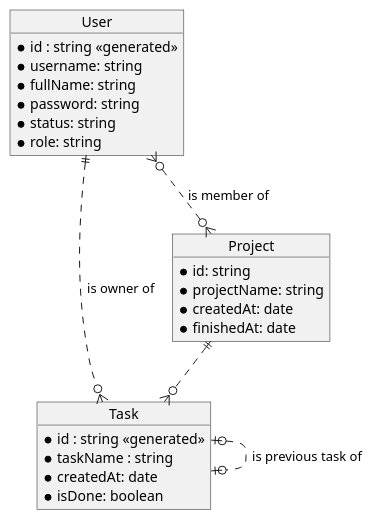
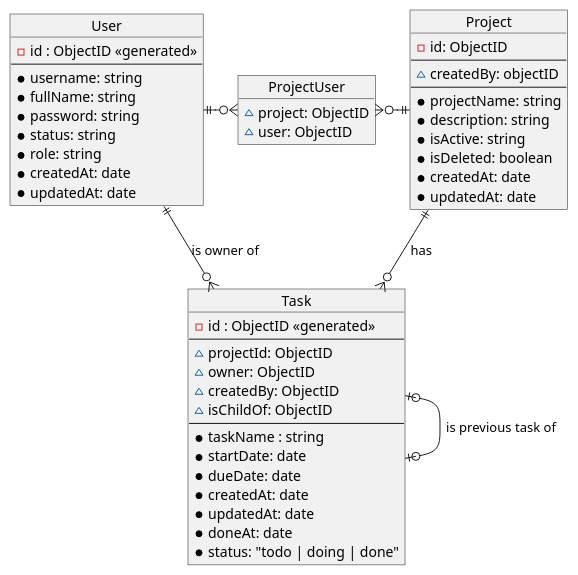
Before and after one commit to felixnguyen678/project-todo-app-lb4: the diagram in docs/ERD.plantuml, drawn with PlantUML.

Commit message:
fix: ERD diagram

```diff
--- a/docs/ERD.plantuml
+++ b/docs/ERD.plantuml
@@ -1,31 +1,55 @@
 @startuml ERD
 
-object "Task" as task {
-  *id : string <<generated>>
+object Task {
+  -id : ObjectID <<generated>>
+  --
+  ~projectId: ObjectID
+  ~owner: ObjectID
+  ~createdBy: ObjectID
+  ~isChildOf: ObjectID
+  --
   *taskName : string
+  *startDate: date
+  *dueDate: date
   *createdAt: date
-  *isDone: boolean
+  *updatedAt: date
+  *doneAt: date
+  *status: "todo | doing | done"
 }
 
-object "Project" as project {
-  *id: string
+object Project {
+  -id: ObjectID
+  --
+  ~createdBy: objectID
+  --
   *projectName: string
+  *description: string
+  *isActive: string
+  *isDeleted: boolean
   *createdAt: date
-  *finishedAt: date
+  *updatedAt: date
 }
 
-object "User" as user {
-  *id : string <<generated>>
+object User {
+  -id : ObjectID <<generated>>
+  --
   *username: string
   *fullName: string
   *password: string
   *status: string
   *role: string
+  *createdAt: date
+  *updatedAt: date
+}
+object ProjectUser {
+  ~project: ObjectID
+  ~user: ObjectID
 }
 
-project||..o{ task
-user }o..o{ project: is member of
-user ||..o{ task: is owner of
-task |o..o| task: is previous task of
+User ||-right-o{ ProjectUser
+ProjectUser }o-right-|| Project
+Project||--o{ Task: has
+User ||-down-o{ Task: is owner of
+Task |o--o| Task: is previous task of
 
 @enduml
```
